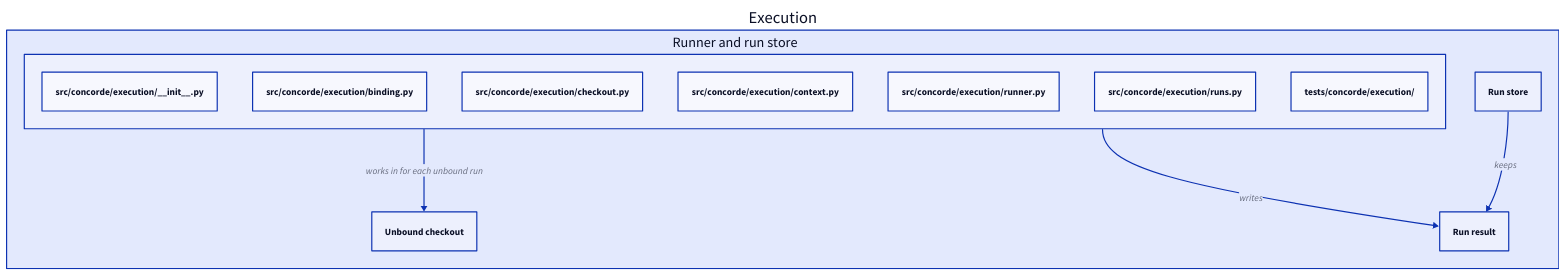
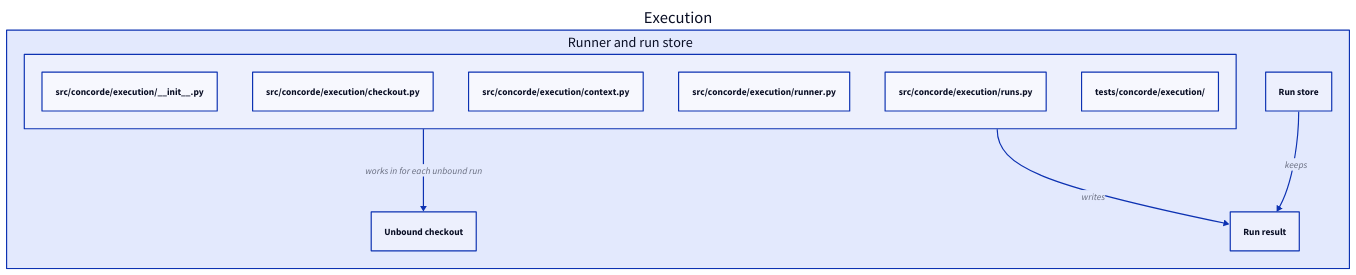
One commit to FTOD/concorde changed the fourth of 4 diagrams in specs/concorde/execution/module.md. Above: the diagram before and after it, drawn with D2. The commit also changed other lines of this file and 58 other files, not shown here.

````diff
--- a/specs/concorde/execution/module.md
+++ b/specs/concorde/execution/module.md
@@ -430,19 +429,18 @@
 ```d2
 execution: Execution {
   runner: Runner and run store {
     "src/concorde/execution/__init__.py"
-    "src/concorde/execution/binding.py"
     "src/concorde/execution/checkout.py"
     "src/concorde/execution/context.py"
     "src/concorde/execution/runner.py"
     "src/concorde/execution/runs.py"
     "tests/concorde/execution/"
   }
   result: Run result
   store: Run store
   checkout: Unbound checkout
   runner -> checkout: works in for each unbound run
   runner -> result: writes
   store -> result: keeps
 }
 ```
````
